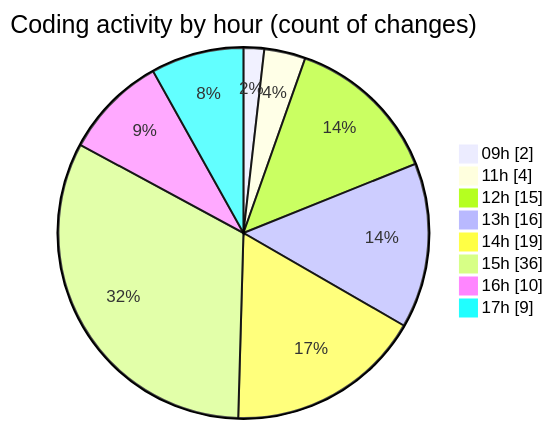
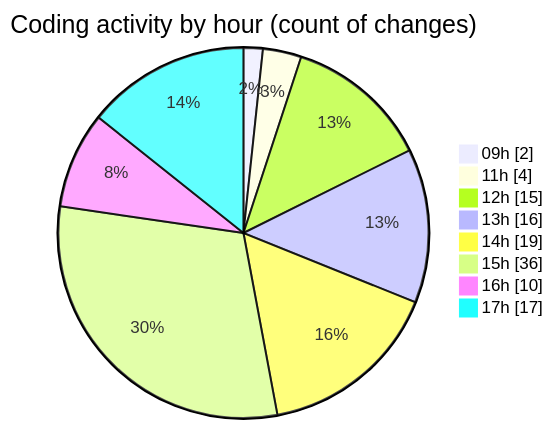
Before and after one commit to Elitesun/code-tracking: the second of 2 diagrams in 2025-04-30/niten/README.md, drawn with Mermaid. The commit also changed other lines of this file and 1 other file, not shown here.

````diff
--- a/2025-04-30/niten/README.md
+++ b/2025-04-30/niten/README.md
@@ -63,12 +69,12 @@
 ```mermaid
 pie showData
 title Coding activity by hour (count of changes)
 "09h" : 2
 "11h" : 4
 "12h" : 15
 "13h" : 16
 "14h" : 19
 "15h" : 36
 "16h" : 10
-"17h" : 9
+"17h" : 17
 ```
````
